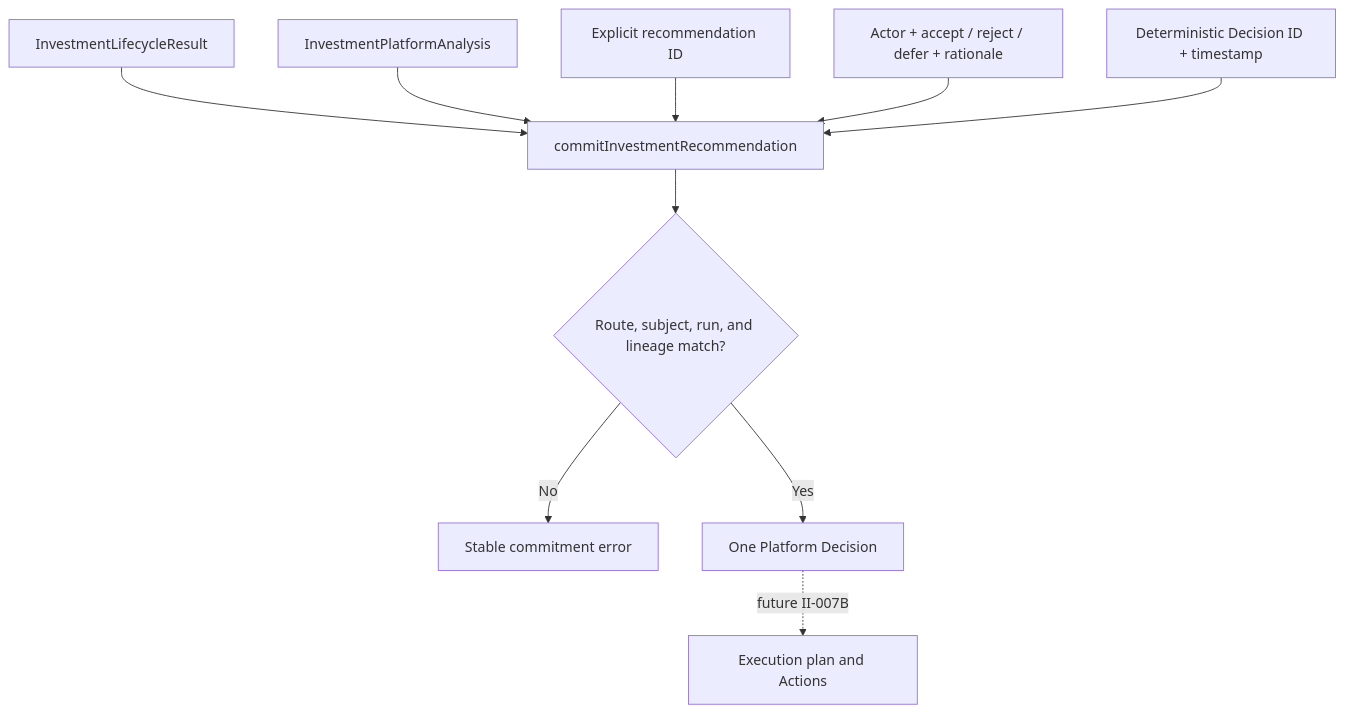
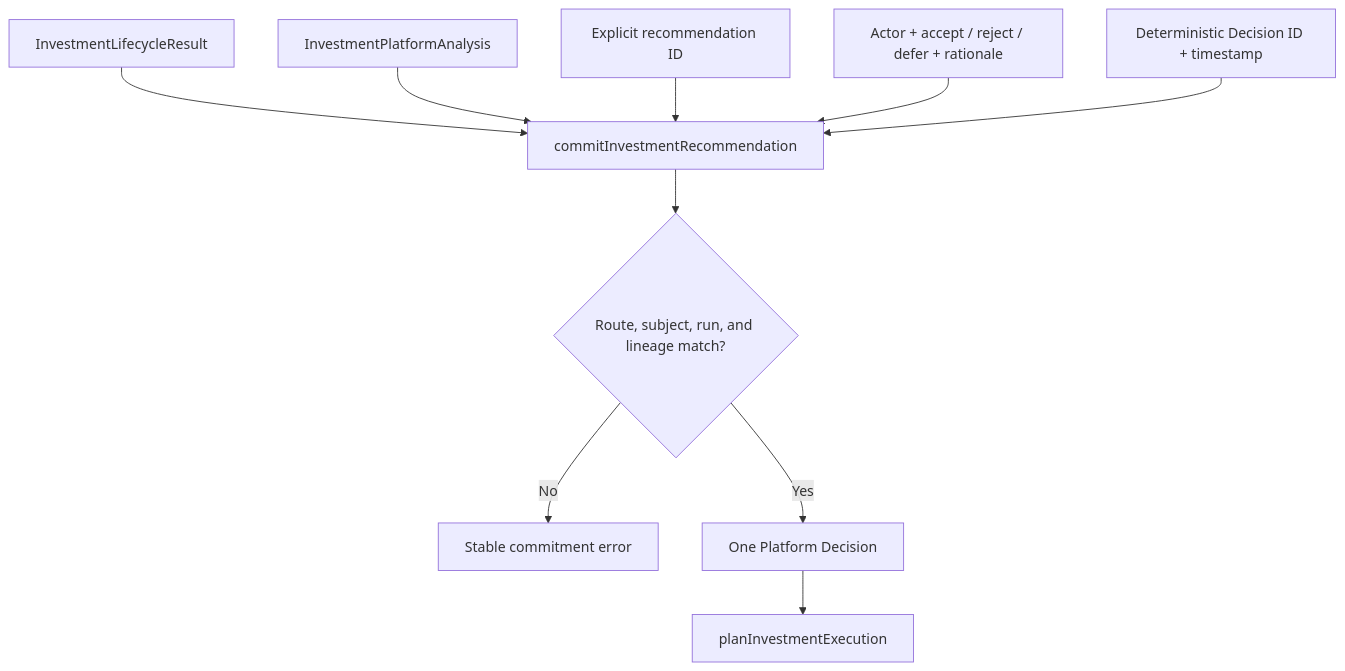
Before and after one commit to tlafrentz/luxe-haven-collective: the third of 4 diagrams in docs/architecture/investment-intelligence-orchestration.md, drawn with Mermaid. The commit also changed other lines of this file and 10 other files, not shown here.

Commit message:
feat(investment): add execution planning

````diff
--- a/docs/architecture/investment-intelligence-orchestration.md
+++ b/docs/architecture/investment-intelligence-orchestration.md
@@ -277,12 +277,12 @@
 ```mermaid
 flowchart TD
   Lifecycle[InvestmentLifecycleResult] --> Validate[commitInvestmentRecommendation]
   Platform[InvestmentPlatformAnalysis] --> Validate
   Selection[Explicit recommendation ID] --> Validate
   Operator[Actor + accept / reject / defer + rationale] --> Validate
   Context[Deterministic Decision ID + timestamp] --> Validate
   Validate --> Match{Route, subject, run, and lineage match?}
   Match -->|No| Error[Stable commitment error]
   Match -->|Yes| Decision[One Platform Decision]
-  Decision -. future II-007B .-> Execution[Execution plan and Actions]
+  Decision --> Execution[planInvestmentExecution]
 ```
````
